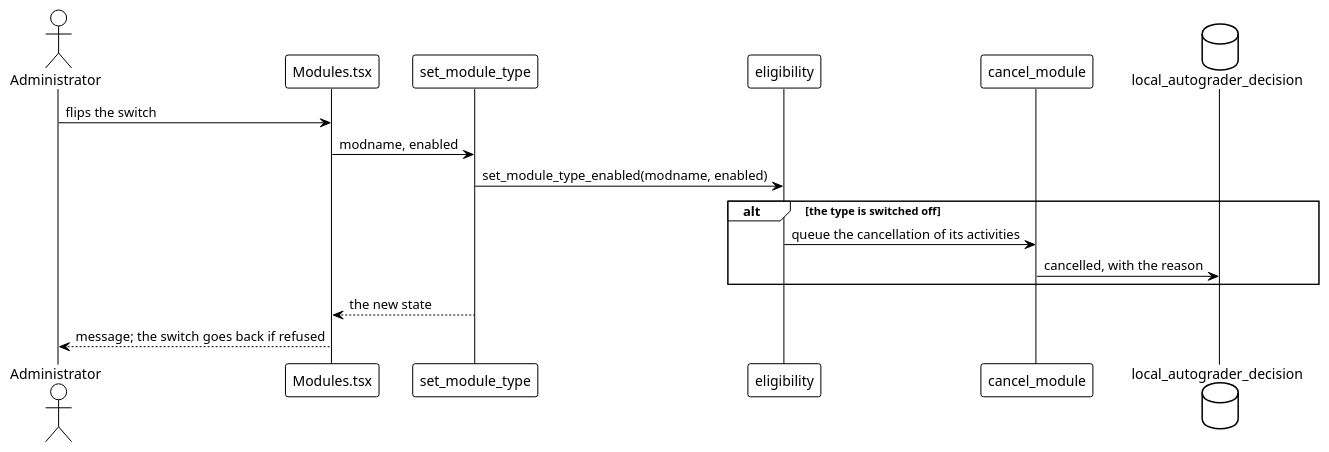
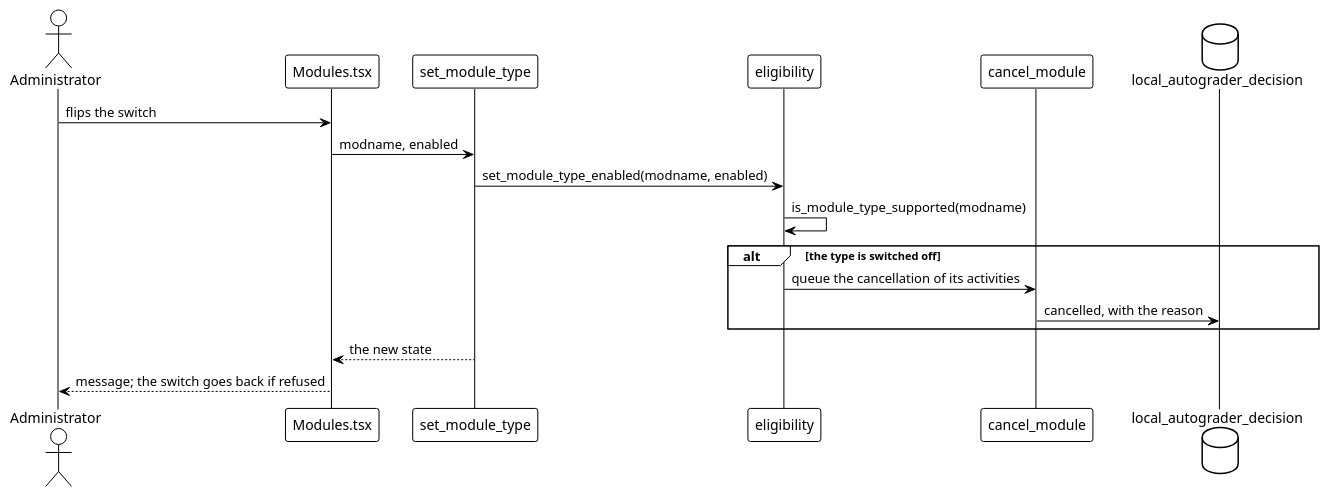
The diagram in docs/es/technical/design/use-cases/chooseActivityTypes/sequence.puml (didactika/moodle-local_autograder), drawn with PlantUML before and after one commit. The commit also changed 16 other files, not shown here.

```diff
--- a/docs/es/technical/design/use-cases/chooseActivityTypes/sequence.puml
+++ b/docs/es/technical/design/use-cases/chooseActivityTypes/sequence.puml
@@ -1,23 +1,24 @@
 @startuml
 !theme plain
 skinparam linetype polyline
 skinparam responseMessageBelowArrow true
 
 actor "Administrator" as actor
 participant "Modules.tsx" as js
 participant "set_module_type" as service
 participant "eligibility" as eligibility
 participant "cancel_module" as task
 database "local_autograder_decision" as table
 
 actor -> js : flips the switch
 js -> service : modname, enabled
 service -> eligibility : set_module_type_enabled(modname, enabled)
+eligibility -> eligibility : is_module_type_supported(modname)
 alt the type is switched off
   eligibility -> task : queue the cancellation of its activities
   task -> table : cancelled, with the reason
 end
 service --> js : the new state
 js --> actor : message; the switch goes back if refused
 
 @enduml
```
